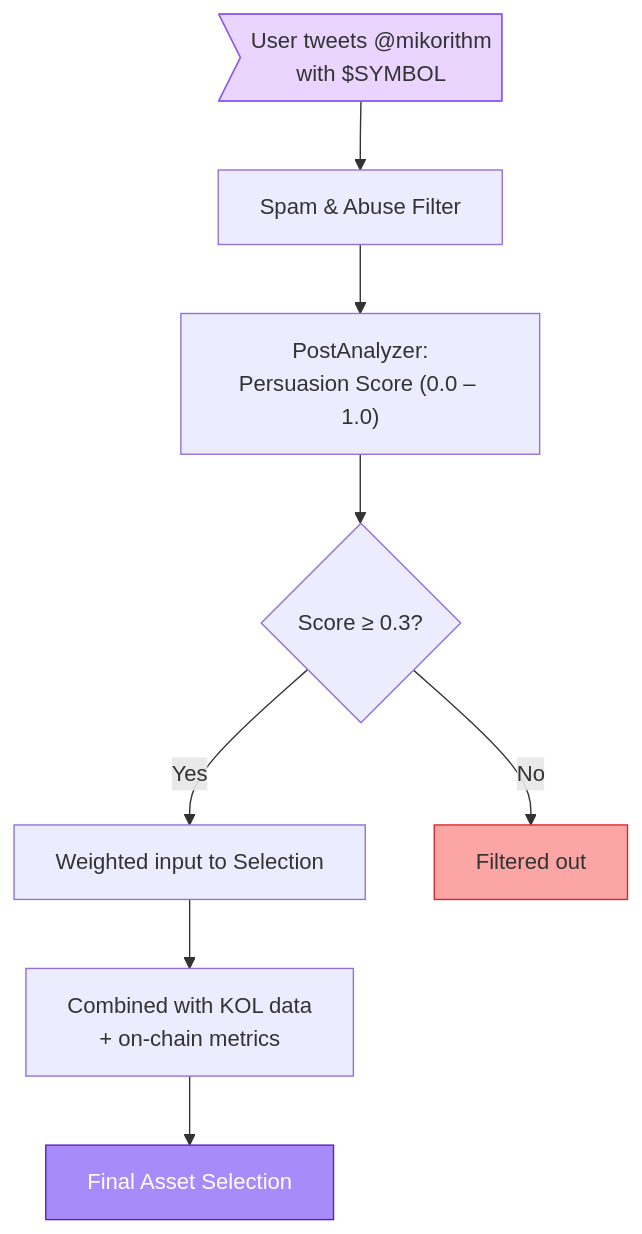
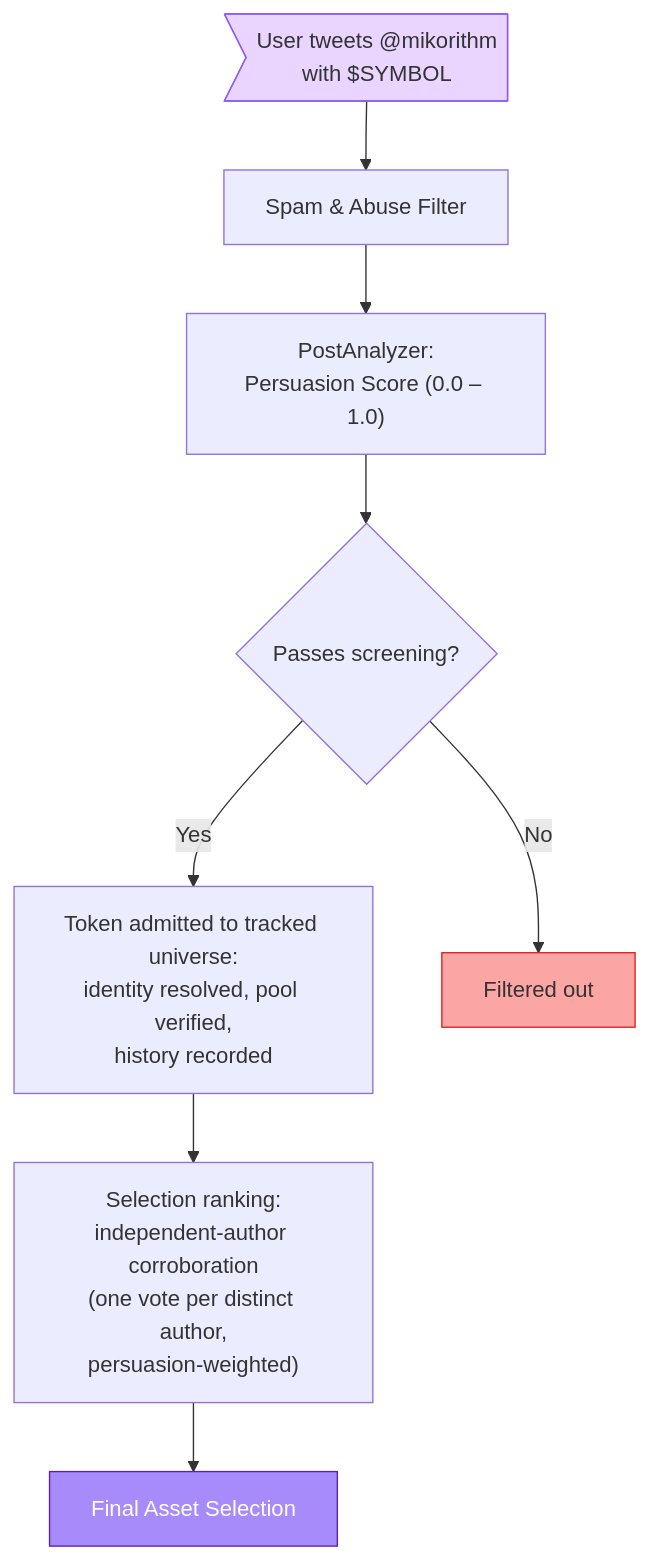
Before and after one commit to Miko-Protocol/docs: the fifth of 6 diagrams in docs/technical-architecture/ai-architecture.md, drawn with Mermaid. The commit also changed other lines of this file and 2 other files, not shown here.

````diff
--- a/docs/technical-architecture/ai-architecture.md
+++ b/docs/technical-architecture/ai-architecture.md
@@ -327,13 +325,13 @@
 ```mermaid
 graph TD
     A>"User tweets @mikorithm<br/>with $SYMBOL"] --> B["Spam & Abuse Filter"]
     B --> C["PostAnalyzer:<br/>Persuasion Score (0.0 – 1.0)"]
-    C --> D{"Score ≥ 0.3?"}
-    D -->|"Yes"| E["Weighted input to Selection"]
+    C --> D{"Passes screening?"}
+    D -->|"Yes"| E["Token admitted to tracked universe:<br/>identity resolved, pool verified,<br/>history recorded"]
     D -->|"No"| F["Filtered out"]
-    E --> G["Combined with KOL data<br/>+ on-chain metrics"]
+    E --> G["Selection ranking:<br/>independent-author corroboration<br/>(one vote per distinct author,<br/>persuasion-weighted)"]
     G --> H["Final Asset Selection"]
     style A fill:#E9D5FF,stroke:#8B5CF6
     style F fill:#fca5a5,stroke:#dc2626
     style H fill:#A78BFA,stroke:#5B21B6,color:#fff
 ```
````
